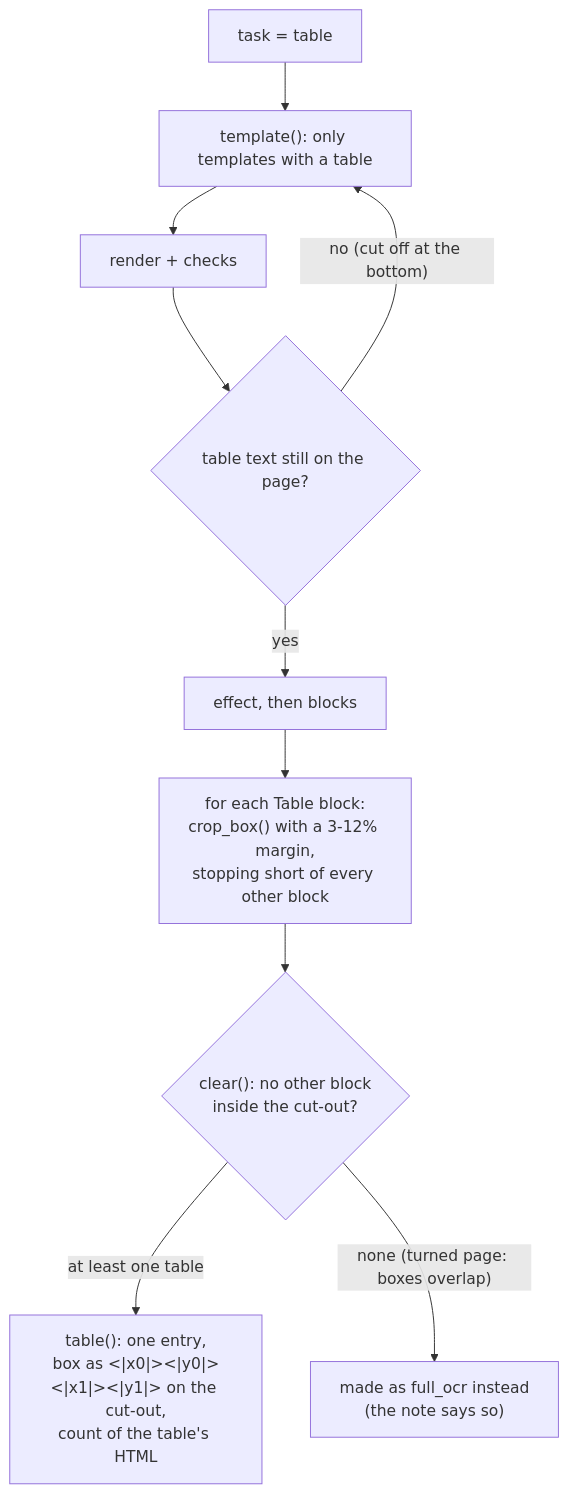
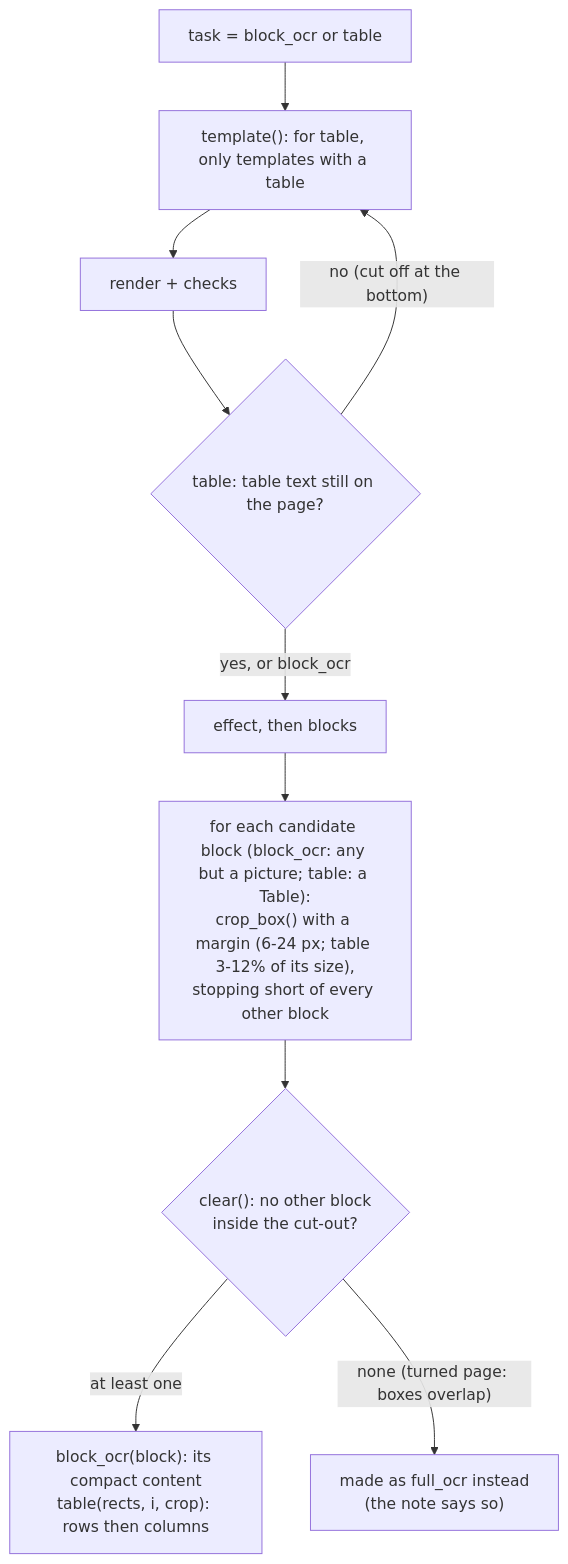
Before and after one commit to Yousef10p/OCRSynthGen: the fifth of 5 diagrams in surya-format.md, drawn with Mermaid. The commit also changed other lines of this file and 7 other files, not shown here.

````diff
--- a/surya-format.md
+++ b/surya-format.md
@@ -293,12 +308,12 @@
 ```mermaid
 flowchart TD
-    A["task = table"] --> B["template(): only templates with a table"]
+    A["task = block_ocr or table"] --> B["template(): for table, only templates with a table"]
     B --> C["render + checks"]
-    C --> D{"table text still on the page?"}
+    C --> D{"table: table text still on the page?"}
     D -- "no (cut off at the bottom)" --> B
-    D -- yes --> E["effect, then blocks"]
-    E --> F["for each Table block:<br/>crop_box() with a 3-12% margin,<br/>stopping short of every other block"]
+    D -- "yes, or block_ocr" --> E["effect, then blocks"]
+    E --> F["for each candidate block (block_ocr: any but a picture; table: a Table):<br/>crop_box() with a margin (6-24 px; table 3-12% of its size),<br/>stopping short of every other block"]
     F --> G{"clear(): no other block<br/>inside the cut-out?"}
-    G -- "at least one table" --> H["table(): one entry,<br/>box as &lt;|x0|&gt;&lt;|y0|&gt;&lt;|x1|&gt;&lt;|y1|&gt; on the cut-out,<br/>count of the table's HTML"]
+    G -- "at least one" --> H["block_ocr(block): its compact content<br/>table(rects, i, crop): rows then columns"]
     G -- "none (turned page: boxes overlap)" --> I["made as full_ocr instead<br/>(the note says so)"]
 ```
````
